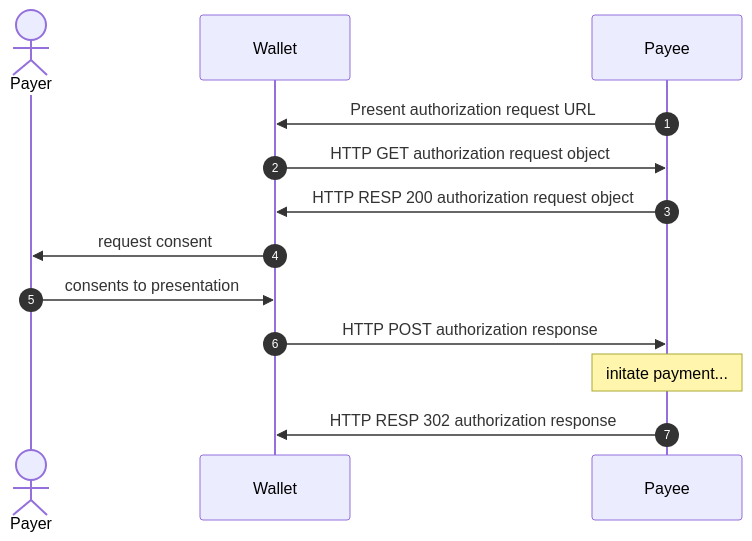
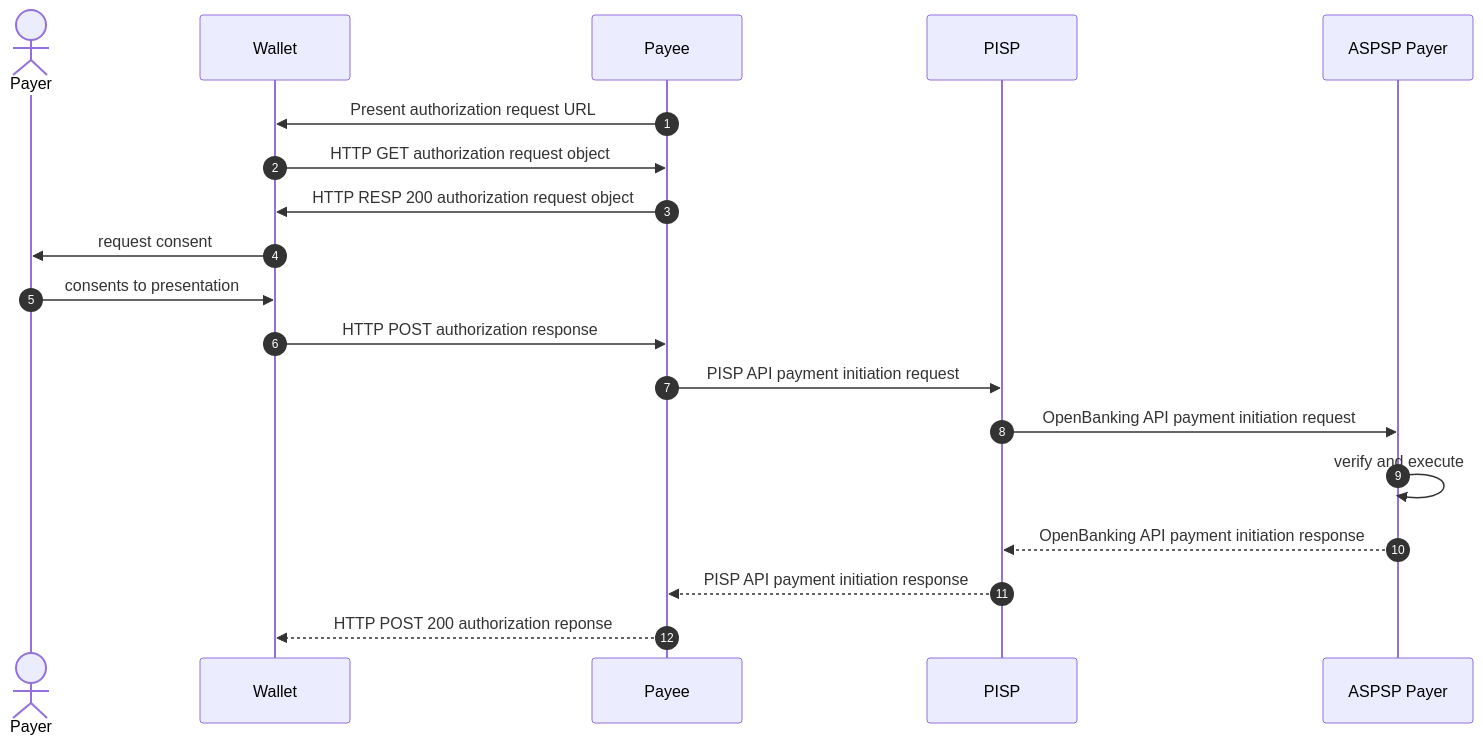
One commit to digitallabor-berlin/eudiw-sca changed the diagram in openbanking-r2s.md. Above: the diagram before and after it, drawn with Mermaid. The commit also changed other lines of this file and 2 other files, not shown here.

````diff
--- a/openbanking-r2s.md
+++ b/openbanking-r2s.md
@@ -122,18 +106,26 @@
 ```mermaid
 
 sequenceDiagram
     autonumber
     actor payer as Payer
     participant uw as Wallet
     participant payee as Payee
+    participant pisp as PISP
+    participant bank as ASPSP Payer
 
     payee ->> uw: Present authorization request URL
     uw ->> payee: HTTP GET authorization request object
     payee ->> uw: HTTP RESP 200 authorization request object
 
     uw ->> payer: request consent 
     payer ->> uw: consents to presentation
     uw ->> payee: HTTP POST authorization response
-    Note over payee: initate payment... 
-    payee ->> uw: HTTP RESP 302 authorization response
+    payee ->> pisp: PISP API payment initiation request 
+    pisp ->> bank: OpenBanking API payment initiation request
+    bank ->> bank: verify and execute
+    bank -->> pisp: OpenBanking API payment initiation response
+    pisp -->> payee: PISP API payment initiation response
+    payee -->> uw: HTTP POST 200 authorization reponse
+    
+
 ```
````
